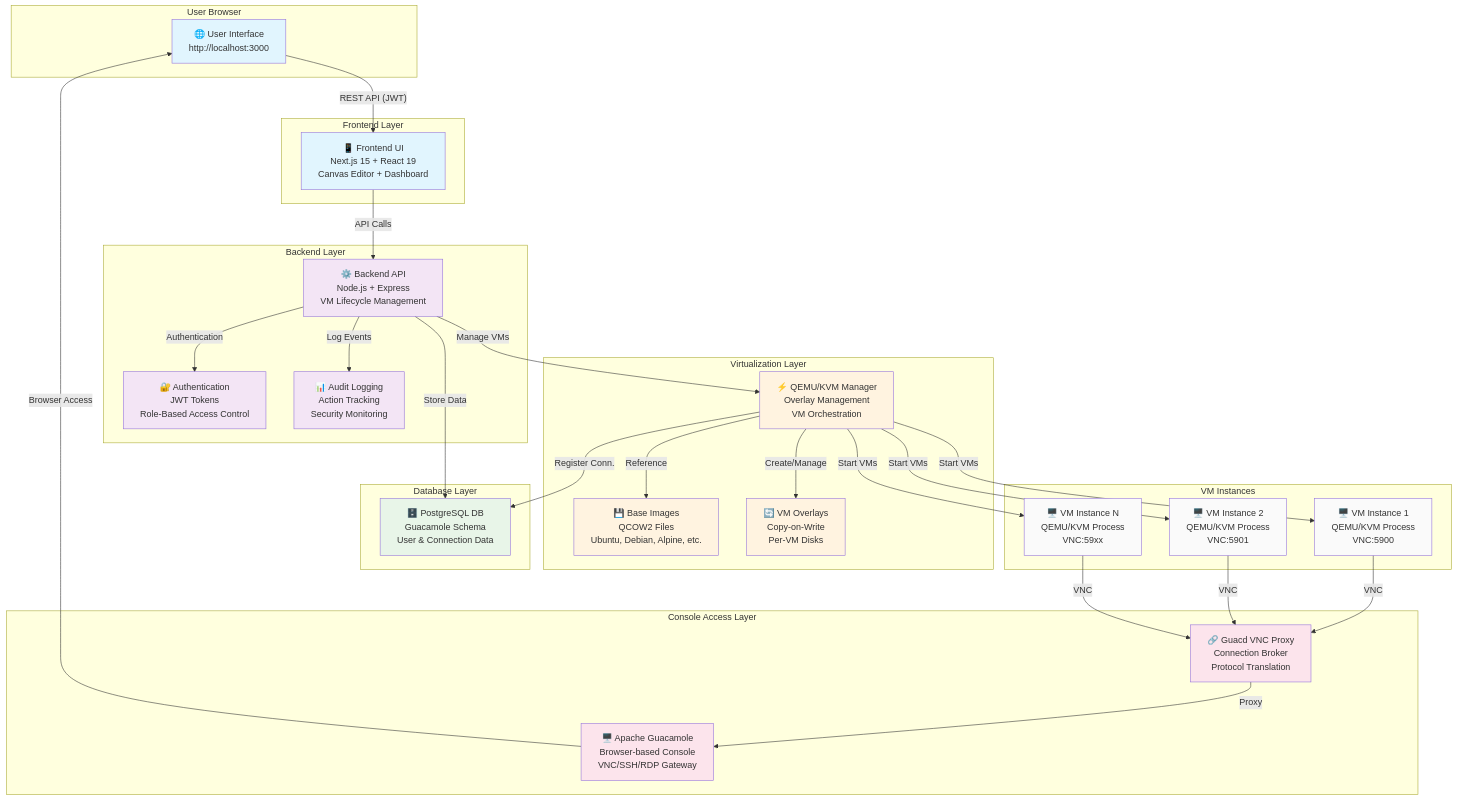
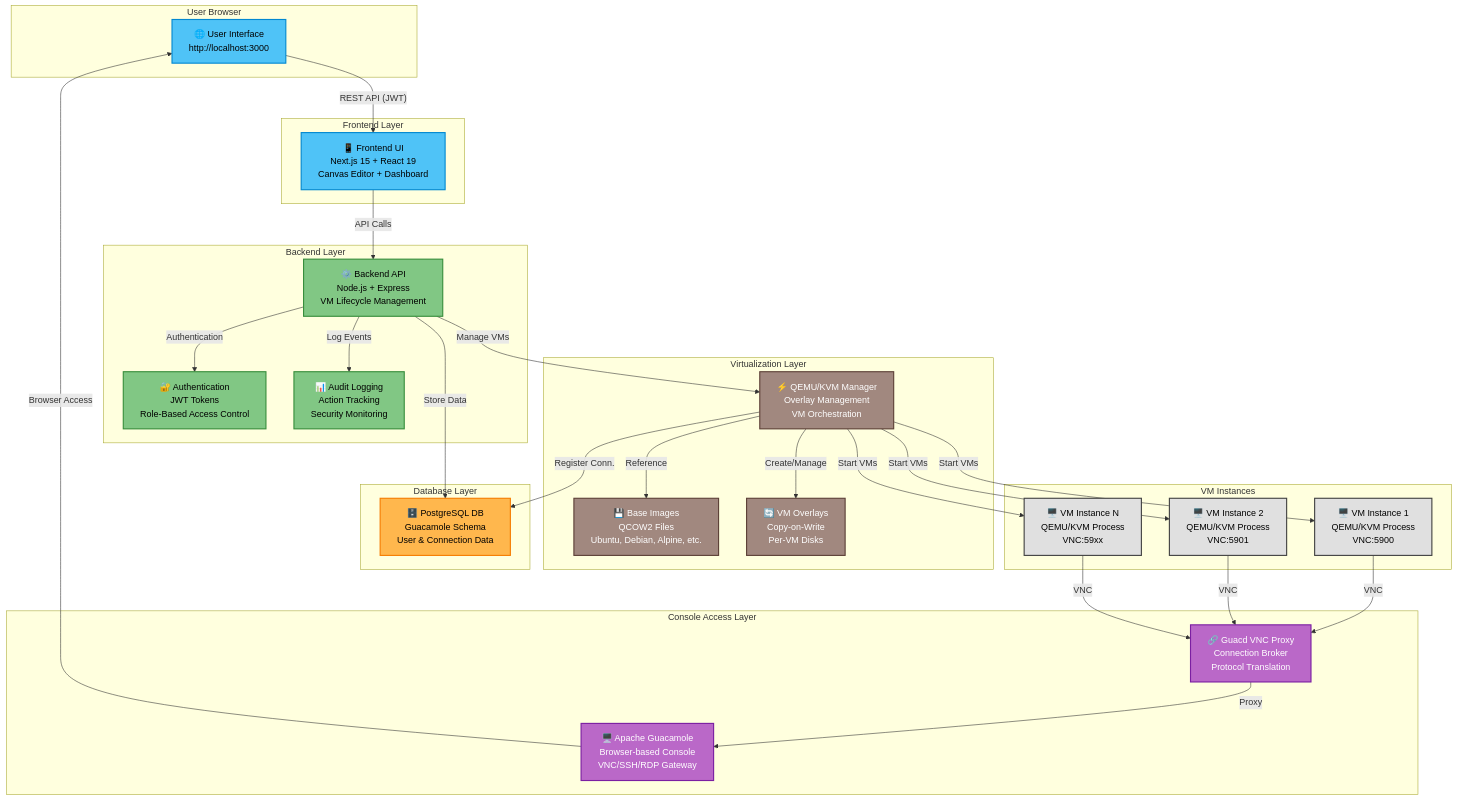
One commit to Zburgers/SandlabsX changed the diagram in README.md. Above: the diagram before and after it, drawn with Mermaid.

Commit message:
Update Mermaid architecture diagram with better contrast and readability

````diff
--- a/README.md
+++ b/README.md
@@ -58,71 +58,71 @@
 ```mermaid
 graph TB
     subgraph "User Browser"
         A["🌐 User Interface<br/>http://localhost:3000"]
     end
     
     subgraph "Frontend Layer"
         B["📱 Frontend UI<br/>Next.js 15 + React 19<br/>Canvas Editor + Dashboard"]
     end
     
     subgraph "Backend Layer"
         C["⚙️ Backend API<br/>Node.js + Express<br/>VM Lifecycle Management"]
         D["🔐 Authentication<br/>JWT Tokens<br/>Role-Based Access Control"]
         E["📊 Audit Logging<br/>Action Tracking<br/>Security Monitoring"]
     end
     
     subgraph "Virtualization Layer"
         F["⚡ QEMU/KVM Manager<br/>Overlay Management<br/>VM Orchestration"]
         G["💾 Base Images<br/>QCOW2 Files<br/>Ubuntu, Debian, Alpine, etc."]
         H["🔄 VM Overlays<br/>Copy-on-Write<br/>Per-VM Disks"]
     end
     
     subgraph "Database Layer"
         I["🗄️ PostgreSQL DB<br/>Guacamole Schema<br/>User & Connection Data"]
     end
     
     subgraph "Console Access Layer"
         J["🖥️ Apache Guacamole<br/>Browser-based Console<br/>VNC/SSH/RDP Gateway"]
         K["🔗 Guacd VNC Proxy<br/>Connection Broker<br/>Protocol Translation"]
     end
     
     subgraph "VM Instances"
         L["🖥️ VM Instance 1<br/>QEMU/KVM Process<br/>VNC:5900"]
         M["🖥️ VM Instance 2<br/>QEMU/KVM Process<br/>VNC:5901"]
         N["🖥️ VM Instance N<br/>QEMU/KVM Process<br/>VNC:59xx"]
     end
 
     %% Connections
     A -- "REST API (JWT)" --> B
     B -- "API Calls" --> C
     C -- "Authentication" --> D
     C -- "Log Events" --> E
     C -- "Manage VMs" --> F
     F -- "Reference" --> G
     F -- "Create/Manage" --> H
     F -- "Register Conn." --> I
     C -- "Store Data" --> I
     F -- "Start VMs" --> L
     F -- "Start VMs" --> M
     F -- "Start VMs" --> N
     L -- "VNC" --> K
     M -- "VNC" --> K
     N -- "VNC" --> K
     K -- "Proxy" --> J
     J -- "Browser Access" --> A
     
-    %% Styling
-    classDef frontend fill:#e1f5fe
-    classDef backend fill:#f3e5f5
-    classDef db fill:#e8f5e8
-    classDef virtualization fill:#fff3e0
-    classDef console fill:#fce4ec
-    classDef vm fill:#fafafa
+    %% Styling with better contrast
+    classDef frontend fill:#4FC3F7,stroke:#0288D1,stroke-width:2px,color:#000
+    classDef backend fill:#81C784,stroke:#388E3C,stroke-width:2px,color:#000
+    classDef db fill:#FFB74D,stroke:#F57C00,stroke-width:2px,color:#000
+    classDef virtualization fill:#A1887F,stroke:#5D4037,stroke-width:2px,color:#FFF
+    classDef console fill:#BA68C8,stroke:#7B1FA2,stroke-width:2px,color:#FFF
+    classDef vm fill:#E0E0E0,stroke:#424242,stroke-width:2px,color:#000
     
     class A,B frontend
     class C,D,E backend
     class I db
     class F,G,H virtualization
     class J,K console
     class L,M,N vm
 ```
````
